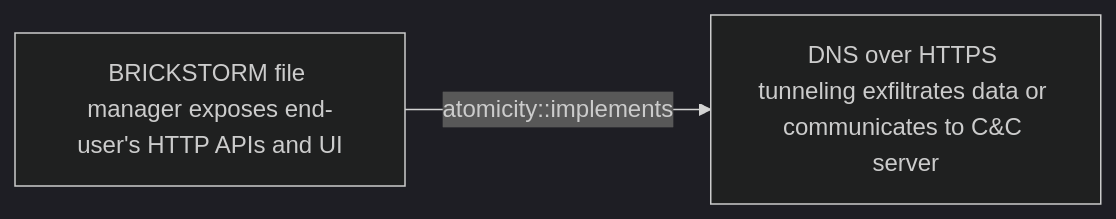
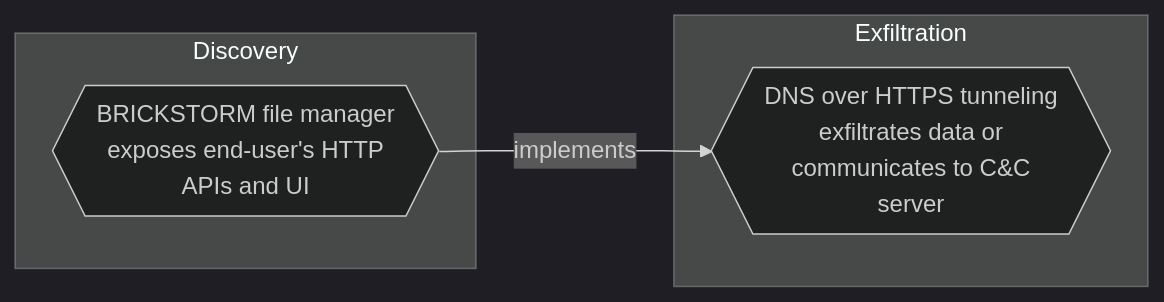
The diagram in docs/threats/brickstorm-file-manager-exposes-end-user-s-http-apis-and-ui.md (opentidehq/library), drawn with Mermaid (dark theme) before and after one commit. The commit also changed other lines of this file and 540 other files, not shown here.

````diff
--- a/docs/threats/brickstorm-file-manager-exposes-end-user-s-http-apis-and-ui.md
+++ b/docs/threats/brickstorm-file-manager-exposes-end-user-s-http-apis-and-ui.md
@@ -89,6 +102,10 @@
 ```mermaid
 flowchart LR
-5e6af460_db12_4278_b44d_7a7a3fa7fe76["BRICKSTORM file manager exposes end-user's HTTP APIs and UI"]
-901dd804_00cc_4034_85aa_3d10e257c16c["DNS over HTTPS tunneling exfiltrates data or communicates to C&C server"]
-5e6af460_db12_4278_b44d_7a7a3fa7fe76 -->|atomicity::implements| 901dd804_00cc_4034_85aa_3d10e257c16c
+subgraph "Discovery"
+5e6af460_db12_4278_b44d_7a7a3fa7fe76{{"BRICKSTORM file manager<br>exposes end-user's HTTP<br>APIs and UI"}}
+end
+subgraph "Exfiltration"
+901dd804_00cc_4034_85aa_3d10e257c16c{{"DNS over HTTPS tunneling<br>exfiltrates data or<br>communicates to C&C<br>server"}}
+end
+5e6af460_db12_4278_b44d_7a7a3fa7fe76 -->|implements| 901dd804_00cc_4034_85aa_3d10e257c16c
 ```
````
